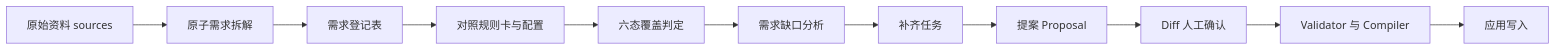
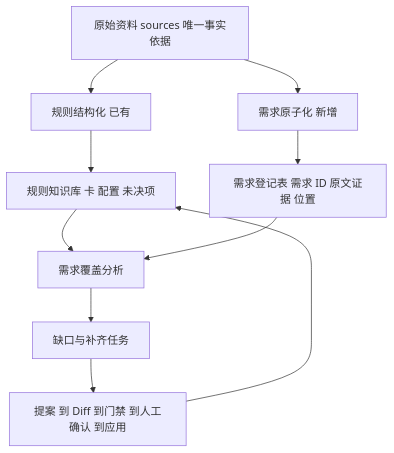
Before and after one commit to mickorz/MahjongRuleKB: the diagram in dev-docs/design/2026-11-24-RuleStudio需求覆盖与补齐.md, drawn with Mermaid. The commit also changed other lines of this file and 4 other files, not shown here.

````diff
--- a/dev-docs/design/2026-11-24-RuleStudio需求覆盖与补齐.md
+++ b/dev-docs/design/2026-11-24-RuleStudio需求覆盖与补齐.md
@@ -81,13 +136,13 @@
 ```mermaid
-flowchart LR
-    A[原始资料 sources] --> B[原子需求拆解]
-    B --> C[需求登记表]
-    C --> D[对照规则卡与配置]
-    D --> E[六态覆盖判定]
-    E --> F[需求缺口分析]
-    F --> G[补齐任务]
-    G --> H[提案 Proposal]
-    H --> I[Diff 人工确认]
-    I --> J[Validator 与 Compiler]
-    J --> K[应用写入]
+flowchart TB
+    SRC[原始资料 sources 唯一事实依据]
+    SRC --> A[规则结构化 已有]
+    SRC --> B[需求原子化 新增]
+    A --> KB[规则知识库 卡 配置 未决项]
+    B --> REQ[需求登记表 需求 ID 原文证据 位置]
+    KB --> COV[需求覆盖分析]
+    REQ --> COV
+    COV --> GAP[缺口与补齐任务]
+    GAP --> PROP[提案 到 Diff 到门禁 到人工确认 到应用]
+    PROP --> KB
 ```
````
